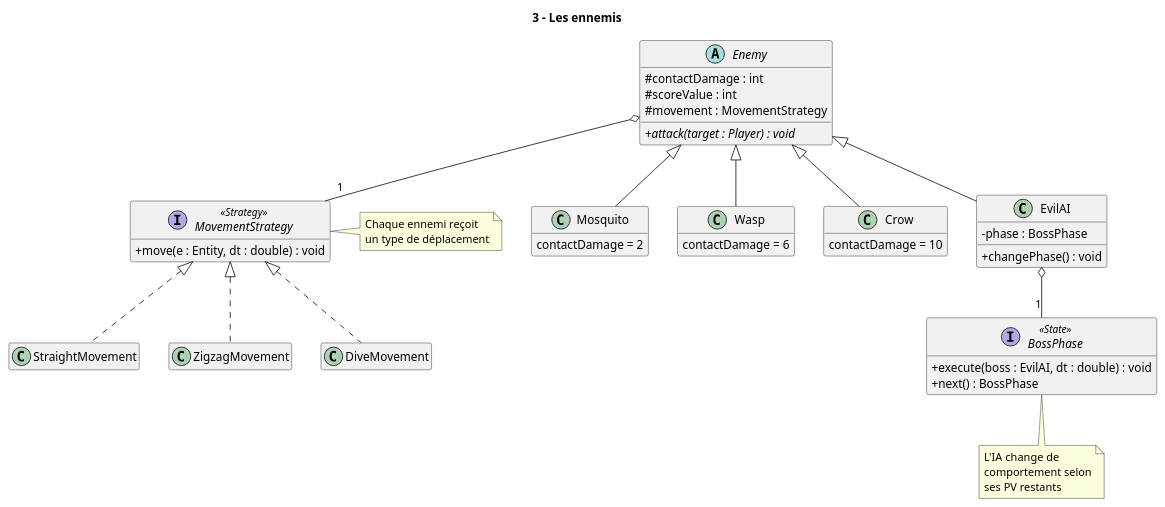
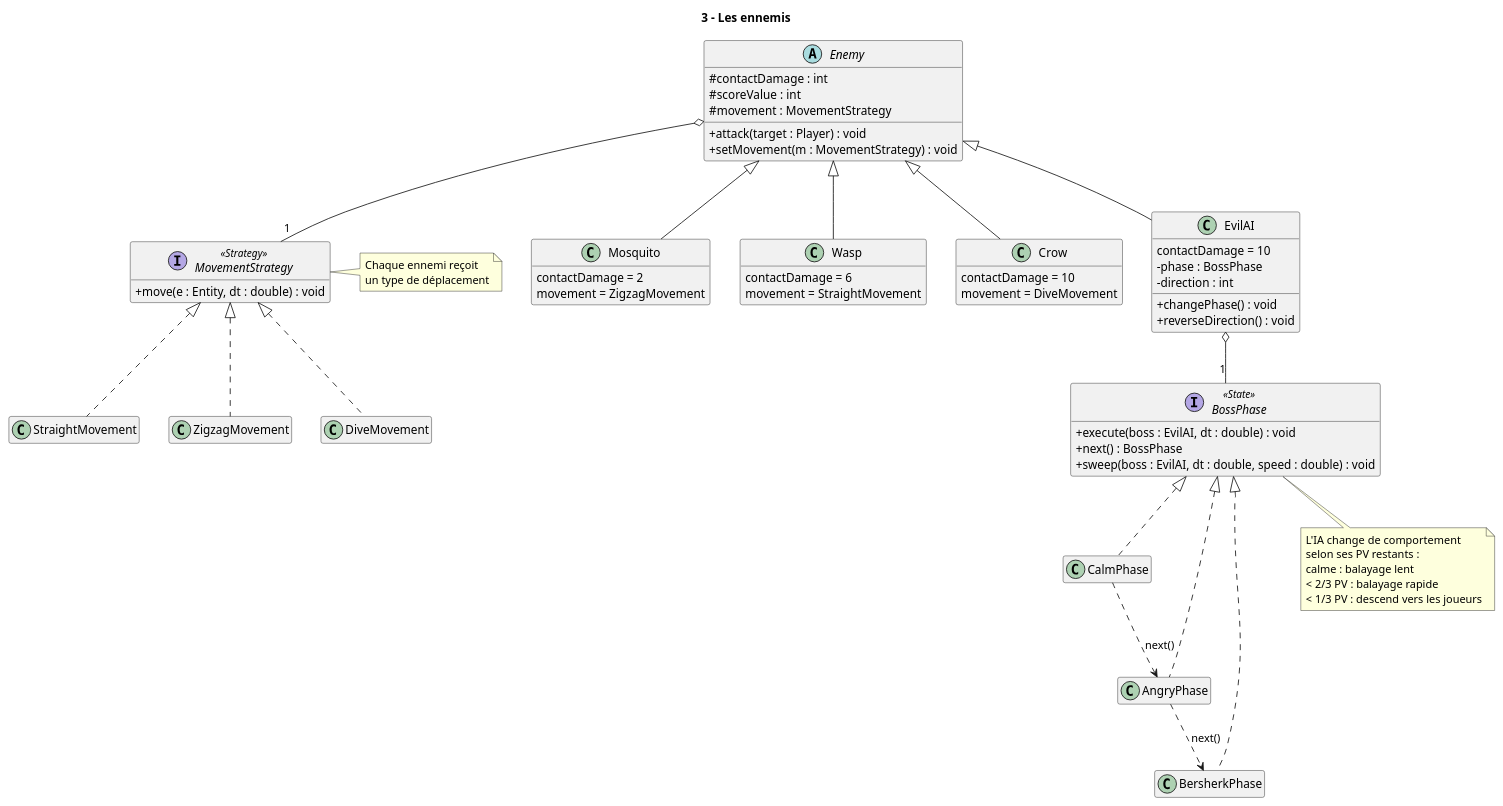
Before and after one commit to MeghCH/2d-Game-Natural-Fatal-IA: the diagram in Docs/Diagrammes/3_ennemis.puml, drawn with PlantUML. The commit also changed 9 other files, not shown here.

Commit message:
fix: align UML diagrams with code, fix build and boss phases

```diff
--- a/Docs/Diagrammes/3_ennemis.puml
+++ b/Docs/Diagrammes/3_ennemis.puml
@@ -1,68 +1,87 @@
 @startuml 3_ennemis
 title 3 - Les ennemis
 
 skinparam classAttributeIconSize 0
 skinparam shadowing false
 hide empty members
 
 abstract class Enemy {
   # contactDamage : int
   # scoreValue : int
   # movement : MovementStrategy
-  + {abstract} attack(target : Player) : void
+  + attack(target : Player) : void
+  + setMovement(m : MovementStrategy) : void
 }
 
 class Mosquito {
   contactDamage = 2
+  movement = ZigzagMovement
 }
 
 class Wasp {
   contactDamage = 6
+  movement = StraightMovement
 }
 
 class Crow {
   contactDamage = 10
+  movement = DiveMovement
 }
 
 class EvilAI {
+  contactDamage = 10
   - phase : BossPhase
+  - direction : int
   + changePhase() : void
+  + reverseDirection() : void
 }
 
 interface MovementStrategy <<Strategy>> {
   + move(e : Entity, dt : double) : void
 }
 
 class StraightMovement
 class ZigzagMovement
 class DiveMovement
 
 interface BossPhase <<State>> {
   + execute(boss : EvilAI, dt : double) : void
   + next() : BossPhase
+  + sweep(boss : EvilAI, dt : double, speed : double) : void
 }
+
+class CalmPhase
+class AngryPhase
+class BersherkPhase
 
 Enemy <|-- Mosquito
 Enemy <|-- Wasp
 Enemy <|-- Crow
 Enemy <|-- EvilAI
 
 Enemy o-- "1" MovementStrategy
 MovementStrategy <|.. StraightMovement
 MovementStrategy <|.. ZigzagMovement
 MovementStrategy <|.. DiveMovement
 
 EvilAI o-- "1" BossPhase
+BossPhase <|.. CalmPhase
+BossPhase <|.. AngryPhase
+BossPhase <|.. BersherkPhase
+CalmPhase ..> AngryPhase : next()
+AngryPhase ..> BersherkPhase : next()
 
 note right of MovementStrategy
   Chaque ennemi reçoit
   un type de déplacement
 end note
 
 note bottom of BossPhase
-  L'IA change de
-  comportement selon
-  ses PV restants
+  L'IA change de comportement
+  selon ses PV restants :
+  calme : balayage lent
+  < 2/3 PV : balayage rapide
+  < 1/3 PV : descend vers les joueurs
 end note
 
 @enduml
```
